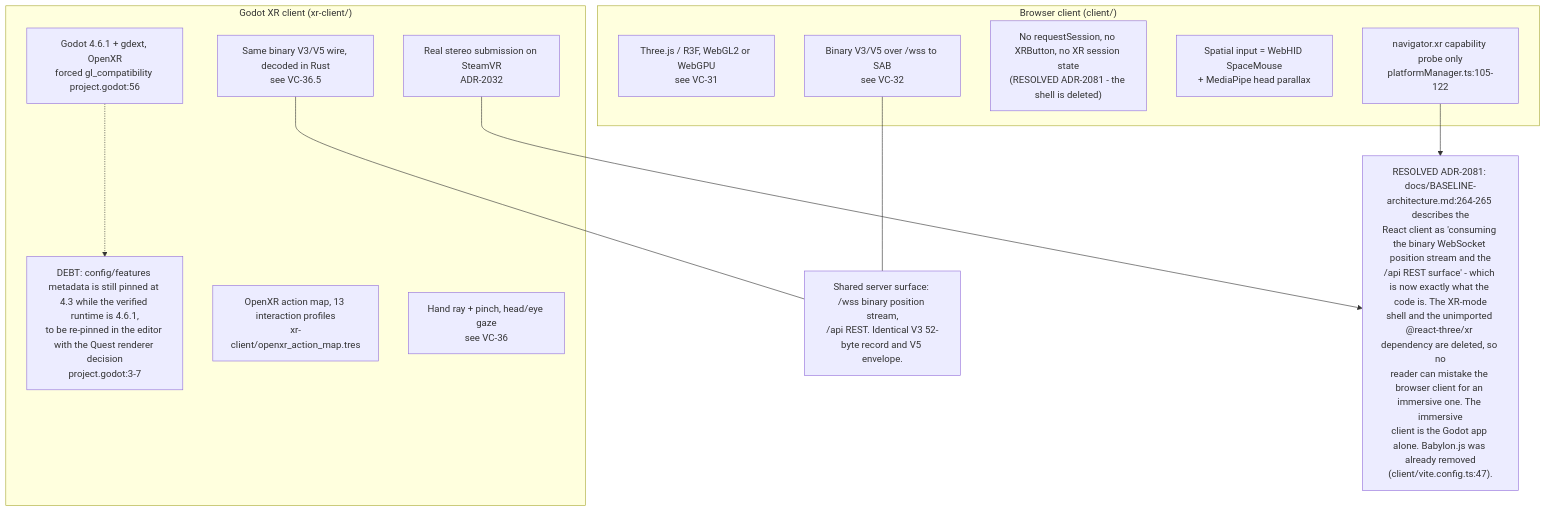
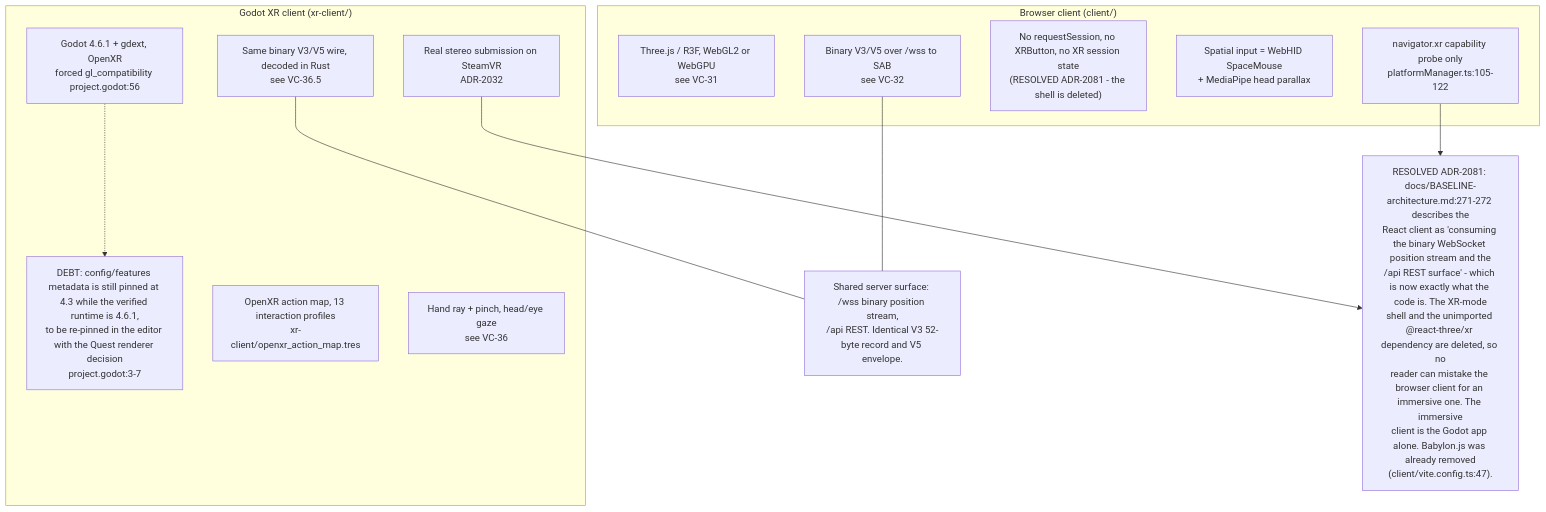
The eighth of 11 diagrams in docs/diagrams/visionclaw/37-browser-xr-and-desktop-input.md (DreamLab-AI/VisionFlow), drawn with Mermaid before and after one commit. The commit also changed other lines of this file and 5 other files, not shown here.

First line of the commit message:
docs(diagrams): re-stamp VC-37 at d6c091f0f with the drag heartbeat (VC-37.11); twin spring loop Debt (VC-54.4); dangling ADR-03 D7 Drift (VC-52)

````diff
--- a/docs/diagrams/visionclaw/37-browser-xr-and-desktop-input.md
+++ b/docs/diagrams/visionclaw/37-browser-xr-and-desktop-input.md
@@ -334,24 +338,24 @@
 ```mermaid
 flowchart TB
     subgraph br["Browser client (client/)"]
         B1["Three.js / R3F, WebGL2 or WebGPU<br/>see VC-31"]
         B2["navigator.xr capability probe only<br/>platformManager.ts:105-122"]
         B3["No requestSession, no XRButton, no XR session state<br/>(RESOLVED ADR-2081 - the shell is deleted)"]
         B4["Spatial input = WebHID SpaceMouse<br/>+ MediaPipe head parallax"]
         B5["Binary V3/V5 over /wss to SAB<br/>see VC-32"]
     end
     subgraph gd["Godot XR client (xr-client/)"]
         G1["Godot 4.6.1 + gdext, OpenXR<br/>forced gl_compatibility project.godot:56"]
         G1D["DEBT: config/features metadata is still pinned at 4.3 while the verified runtime is 4.6.1,<br/>to be re-pinned in the editor with the Quest renderer decision<br/>project.godot:3-7"]
         G1 -.-> G1D
         G2["Real stereo submission on SteamVR<br/>ADR-2032"]
         G3["OpenXR action map, 13 interaction profiles<br/>xr-client/openxr_action_map.tres"]
         G4["Hand ray + pinch, head/eye gaze<br/>see VC-36"]
         G5["Same binary V3/V5 wire, decoded in Rust<br/>see VC-36.5"]
     end
     B5 --- SHARED["Shared server surface: /wss binary position stream,<br/>/api REST. Identical V3 52-byte record and V5 envelope."]
     G5 --- SHARED
     B2 --> DIV
     G2 --> DIV
-    DIV["RESOLVED ADR-2081: docs/BASELINE-architecture.md:264-265 describes the<br/>React client as 'consuming the binary WebSocket position stream and the<br/>/api REST surface' - which is now exactly what the code is. The XR-mode<br/>shell and the unimported @react-three/xr dependency are deleted, so no<br/>reader can mistake the browser client for an immersive one. The immersive<br/>client is the Godot app alone. Babylon.js was already removed<br/>(client/vite.config.ts:47)."]
+    DIV["RESOLVED ADR-2081: docs/BASELINE-architecture.md:271-272 describes the<br/>React client as 'consuming the binary WebSocket position stream and the<br/>/api REST surface' - which is now exactly what the code is. The XR-mode<br/>shell and the unimported @react-three/xr dependency are deleted, so no<br/>reader can mistake the browser client for an immersive one. The immersive<br/>client is the Godot app alone. Babylon.js was already removed<br/>(client/vite.config.ts:47)."]
 ```
````
